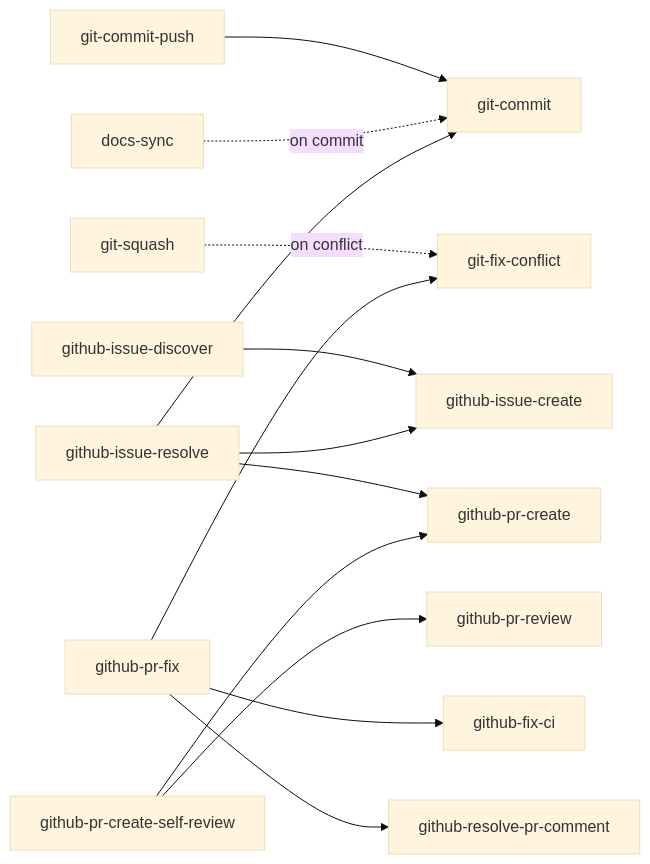
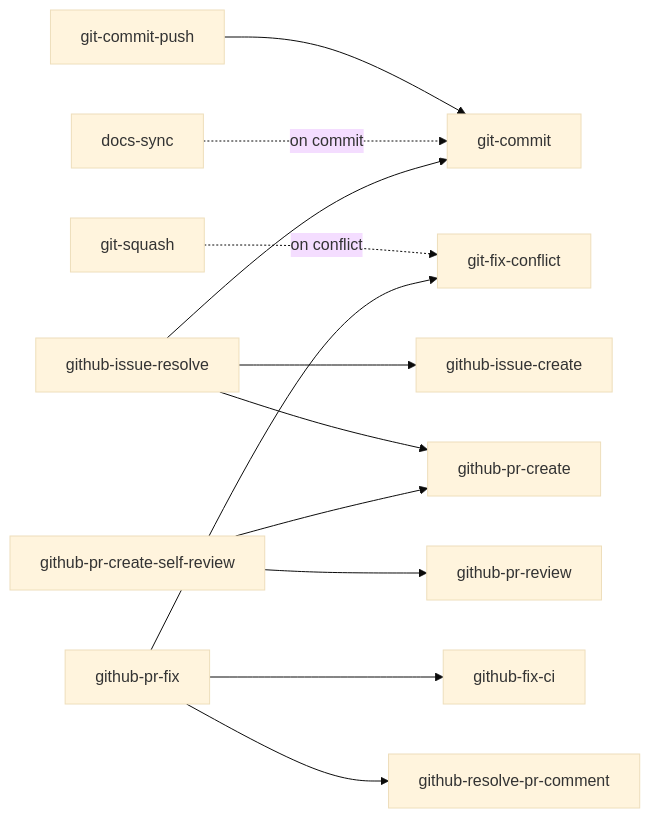
One commit to mjun0812/dotfiles changed the diagram in doc/skills.md. Above: the diagram before and after it, drawn with Mermaid (base theme). The commit also changed other lines of this file and 10 other files, not shown here.

First line of the commit message:
refactor(github-issue-create): rebuild around free-text input and auto-detected labels

````diff
--- a/doc/skills.md
+++ b/doc/skills.md
@@ -65,18 +65,17 @@
 ```mermaid
 graph LR
     git-commit-push --> git-commit
     git-squash -. on conflict .-> git-fix-conflict
     docs-sync -. on commit .-> git-commit
 
-    github-issue-discover --> github-issue-create
     github-issue-resolve --> github-issue-create
     github-issue-resolve --> github-pr-create
     github-issue-resolve --> git-commit
 
     github-pr-create-self-review --> github-pr-create
     github-pr-create-self-review --> github-pr-review
 
     github-pr-fix --> git-fix-conflict
     github-pr-fix --> github-fix-ci
     github-pr-fix --> github-resolve-pr-comment
 ```
````
